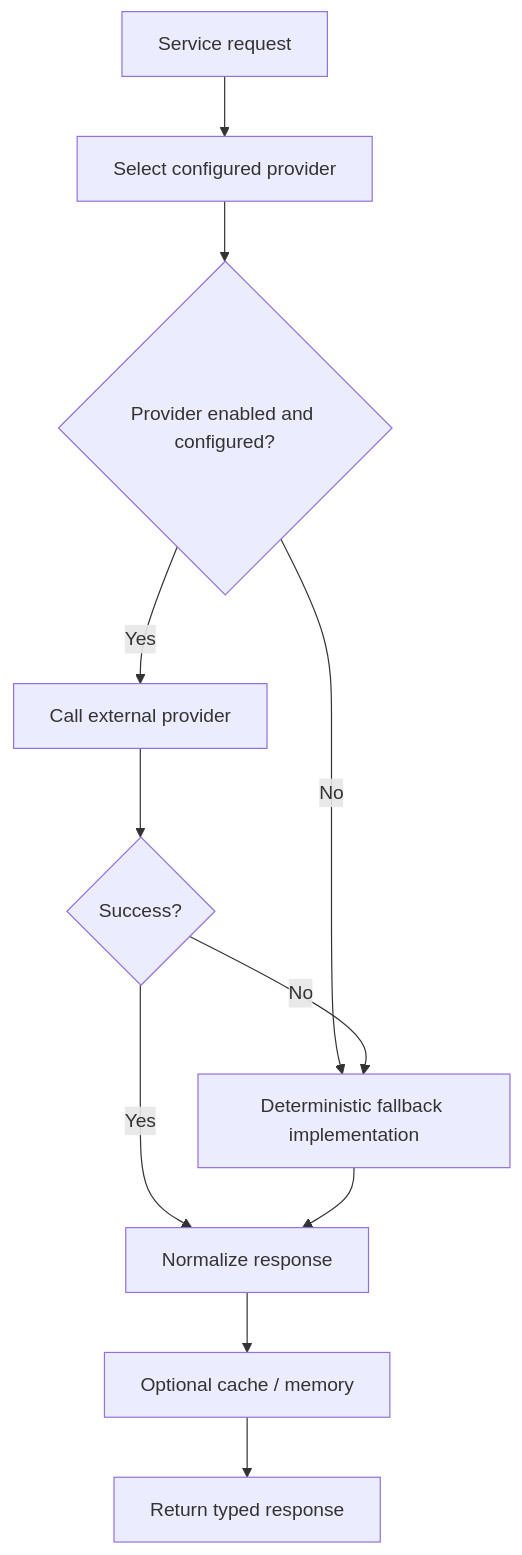
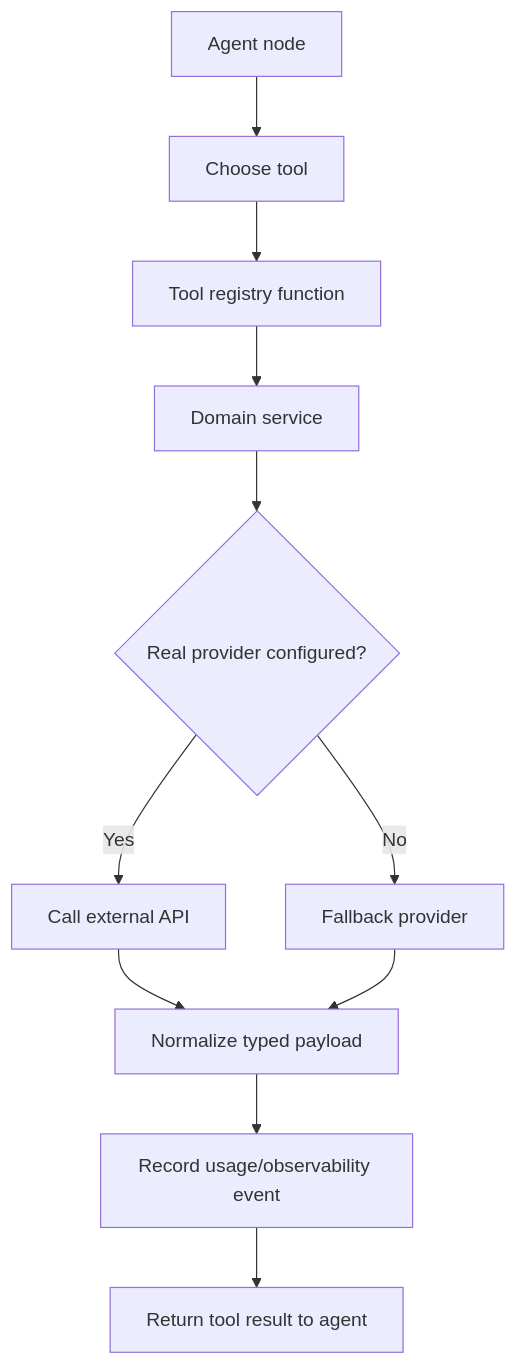
One commit to Fejjii/AlphaLens-AI changed the third of 7 diagrams in docs/architecture.md. Above: the diagram before and after it, drawn with Mermaid. The commit also changed other lines of this file and 102 other files, not shown here.

````diff
--- a/docs/architecture.md
+++ b/docs/architecture.md
@@ -91,13 +93,13 @@
 ```mermaid
 flowchart TD
-    Req[Service request] --> Select[Select configured provider]
-    Select --> Enabled{Provider enabled and configured?}
-    Enabled -->|No| Fallback[Deterministic fallback implementation]
-    Enabled -->|Yes| Call[Call external provider]
-    Call --> OK{Success?}
-    OK -->|Yes| Normalize[Normalize response]
-    OK -->|No| Fallback
+    Agent[Agent node] --> Pick[Choose tool]
+    Pick --> Tool[Tool registry function]
+    Tool --> Service[Domain service]
+    Service --> Provider{Real provider configured?}
+    Provider -->|Yes| RealCall[Call external API]
+    Provider -->|No| Fallback[Fallback provider]
+    RealCall --> Normalize[Normalize typed payload]
     Fallback --> Normalize
-    Normalize --> Cache[Optional cache / memory]
-    Cache --> Return[Return typed response]
+    Normalize --> Track[Record usage/observability event]
+    Track --> Return[Return tool result to agent]
 ```
````
